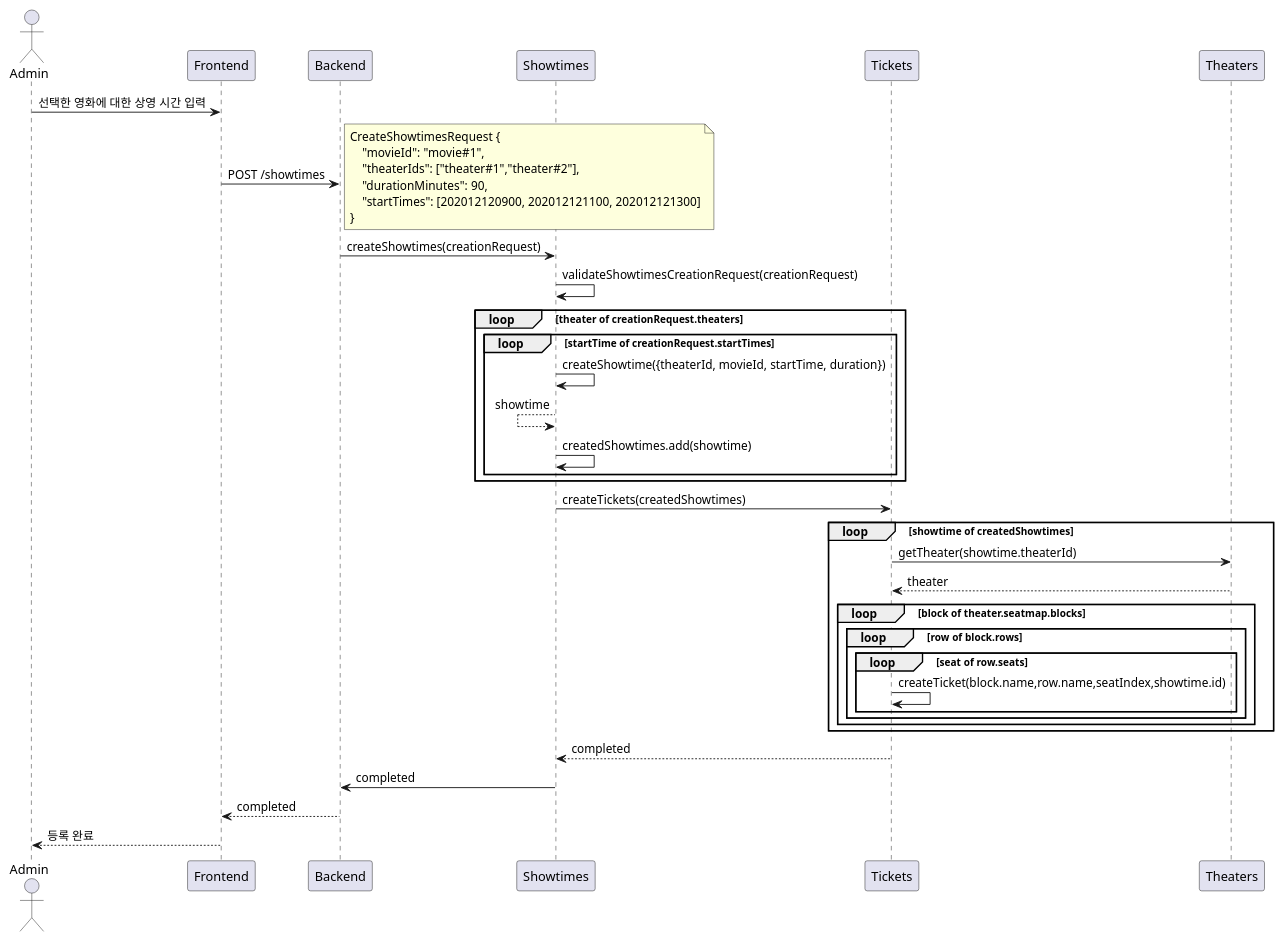
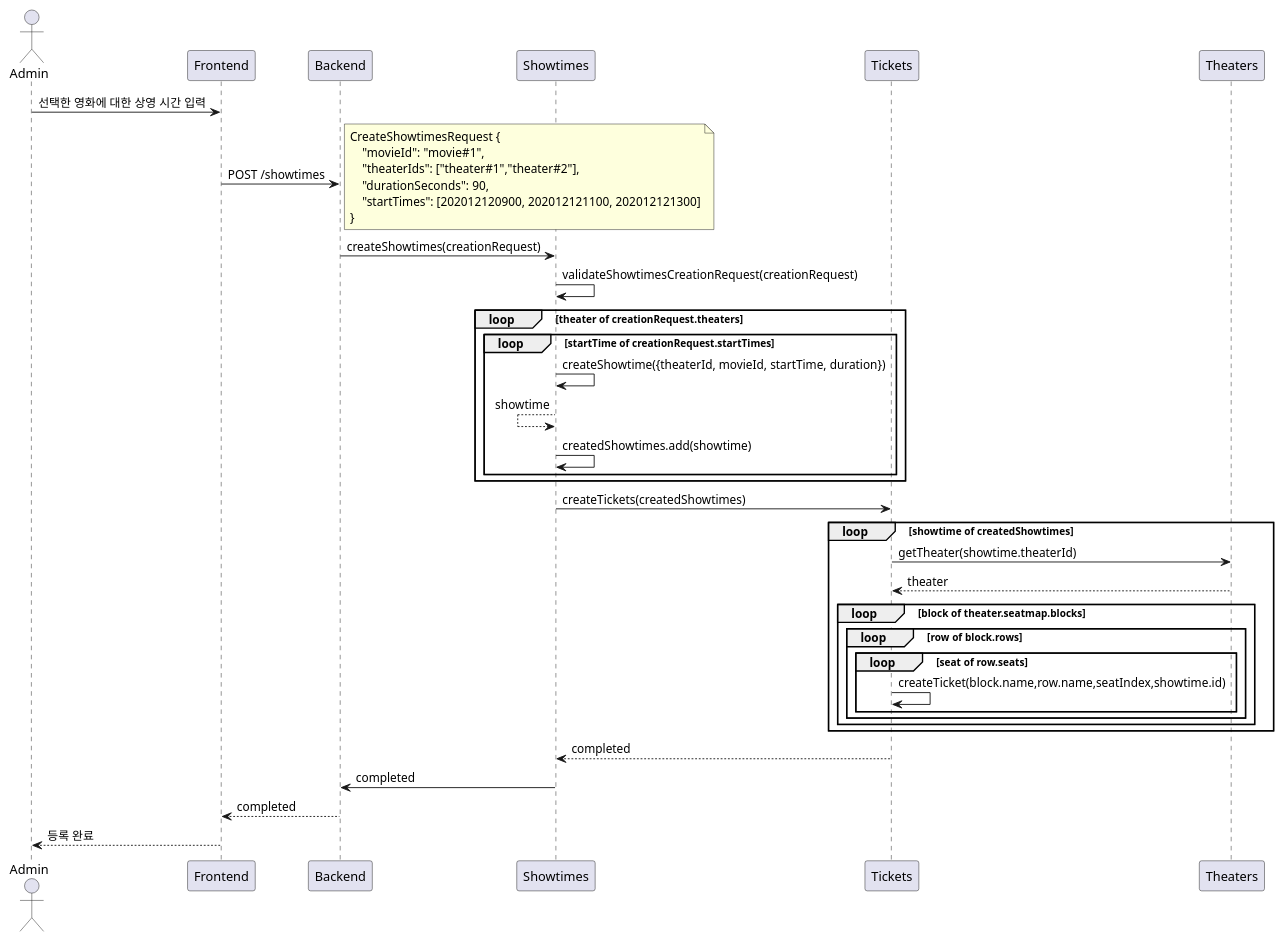
Before and after one commit to songminkyu/nest-msa: the first of 2 diagrams in docs/_old/showtimes-registration.md, drawn with PlantUML. The commit also changed 14 other files, not shown here.

Commit message:
refactor: rename durationMinutes to durationSeconds for consistency across movie and showtime entities

````diff
--- a/docs/_old/showtimes-registration.md
+++ b/docs/_old/showtimes-registration.md
@@ -66,43 +66,43 @@
 ```plantuml
 @startuml
 actor Admin
 
 Admin -> Frontend: 선택한 영화에 대한 상영 시간 입력
 Frontend -> Backend: POST /showtimes
     note right
     CreateShowtimesRequest {
         "movieId": "movie#1",
         "theaterIds": ["theater#1","theater#2"],
-        "durationMinutes": 90,
+        "durationSeconds": 90,
         "startTimes": [202012120900, 202012121100, 202012121300]
     }
     end note
 Backend -> Showtimes: createShowtimes(creationRequest)
 Showtimes -> Showtimes: validateShowtimesCreationRequest(creationRequest)
 loop theater of creationRequest.theaters
     loop startTime of creationRequest.startTimes
         Showtimes -> Showtimes: createShowtime({theaterId, movieId, startTime, duration})
         Showtimes <-- Showtimes: showtime
         Showtimes -> Showtimes: createdShowtimes.add(showtime)
     end
 end
 
 Showtimes -> Tickets: createTickets(createdShowtimes)
 loop showtime of createdShowtimes
     Tickets -> Theaters: getTheater(showtime.theaterId)
     Tickets <-- Theaters: theater
     loop block of theater.seatmap.blocks
         loop row of block.rows
             loop seat of row.seats
                 Tickets -> Tickets: createTicket(block.name,row.name,seatIndex,showtime.id)
             end
         end
     end
 end
 Showtimes <-- Tickets: completed
 
 Showtimes -> Backend: completed
 Frontend <-- Backend: completed
 Admin <-- Frontend: 등록 완료
 @enduml
 ```
````
